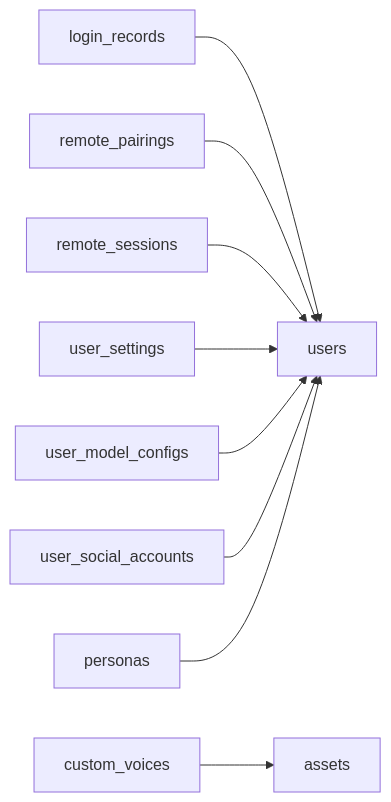
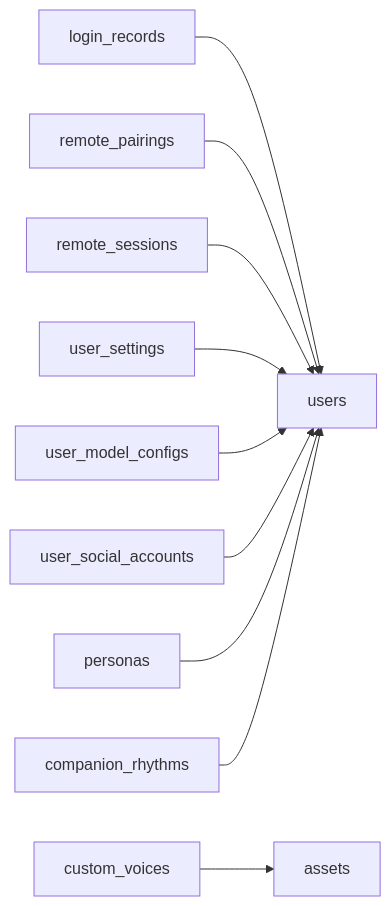
One commit to yangjinming1062/SpiritAgent changed the first of 8 diagrams in docs/DATABASE.md. Above: the diagram before and after it, drawn with Mermaid. The commit also changed other lines of this file and 76 other files, not shown here.

````diff
--- a/docs/DATABASE.md
+++ b/docs/DATABASE.md
@@ -15,11 +15,12 @@
 ```mermaid
 flowchart LR
     login_records --> users
     remote_pairings --> users
     remote_sessions --> users
     user_settings --> users
     user_model_configs --> users
     user_social_accounts --> users
     personas --> users
+    companion_rhythms --> users
     custom_voices --> assets
 ```
````
